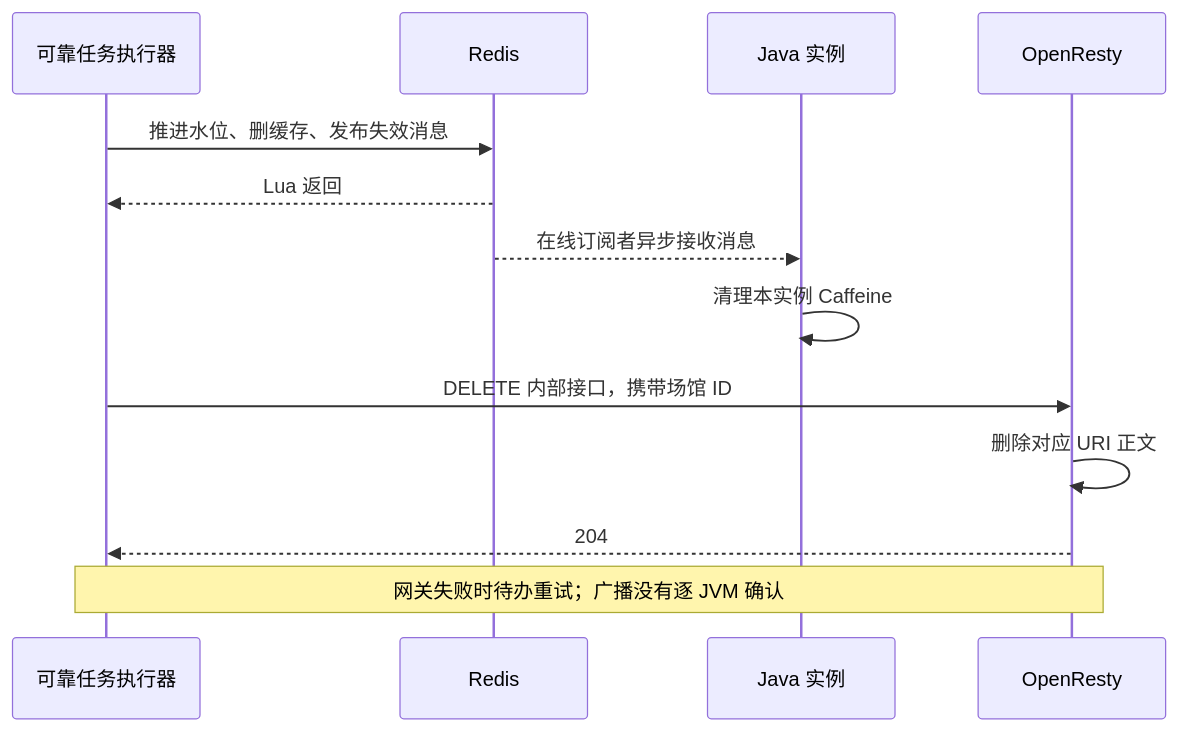
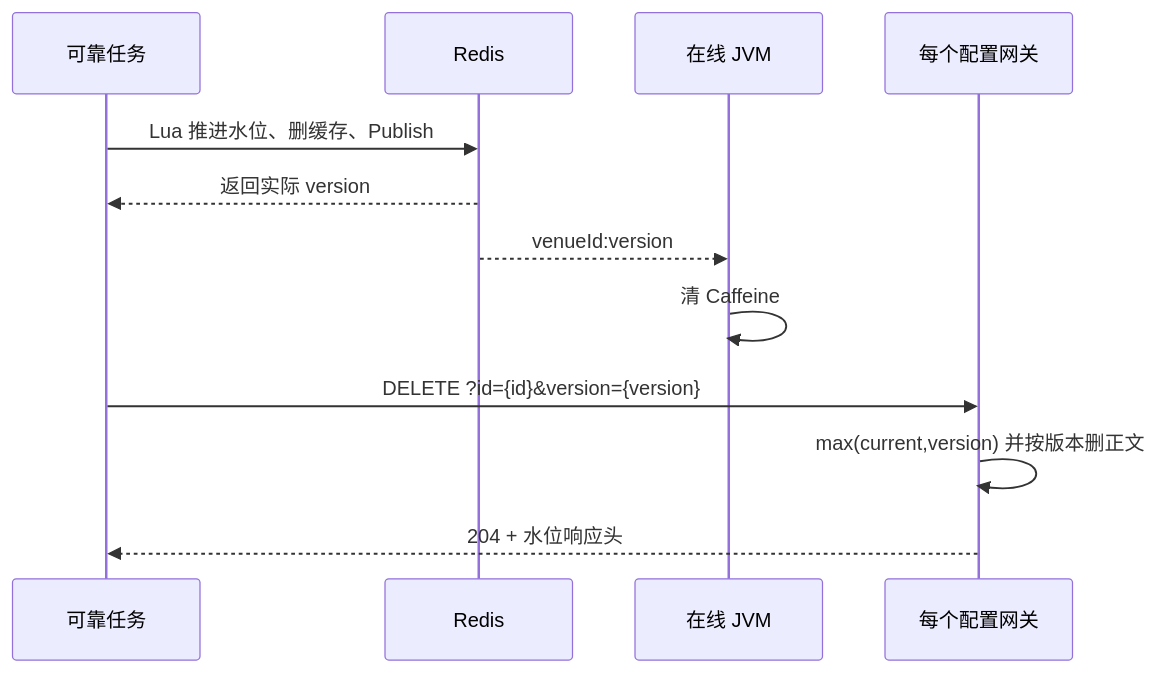
The seventh of 8 diagrams in 02-多级缓存一致性.md (SyH-101/citypass-platform), drawn with Mermaid before and after one commit. The commit also changed other lines of this file, not shown here.

````diff
--- a/02-多级缓存一致性.md
+++ b/02-多级缓存一致性.md
@@ -1117,15 +1130,14 @@
 ```mermaid
 sequenceDiagram
-    participant W as 可靠任务执行器
+    participant T as 可靠任务
     participant R as Redis
-    participant J as Java 实例
-    participant G as OpenResty
-    W->>R: 推进水位、删缓存、发布失效消息
-    R-->>W: Lua 返回
-    R-->>J: 在线订阅者异步接收消息
-    J->>J: 清理本实例 Caffeine
-    W->>G: DELETE 内部接口，携带场馆 ID
-    G->>G: 删除对应 URI 正文
-    G-->>W: 204
-    Note over W,G: 网关失败时待办重试；广播没有逐 JVM 确认
+    participant J as 在线 JVM
+    participant G as 每个配置网关
+    T->>R: Lua 推进水位、删缓存、Publish
+    R-->>T: 返回实际 version
+    R-->>J: venueId:version
+    J->>J: 清 Caffeine
+    T->>G: DELETE ?id={id}&version={version}
+    G->>G: max(current,version) 并按版本删正文
+    G-->>T: 204 + 水位响应头
 ```
````
